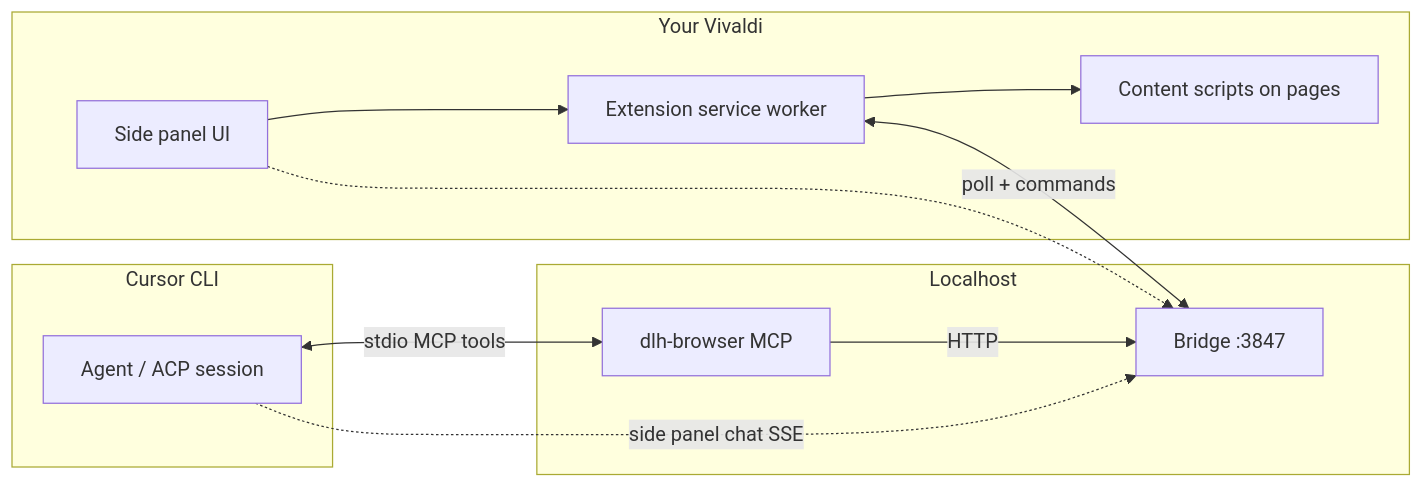
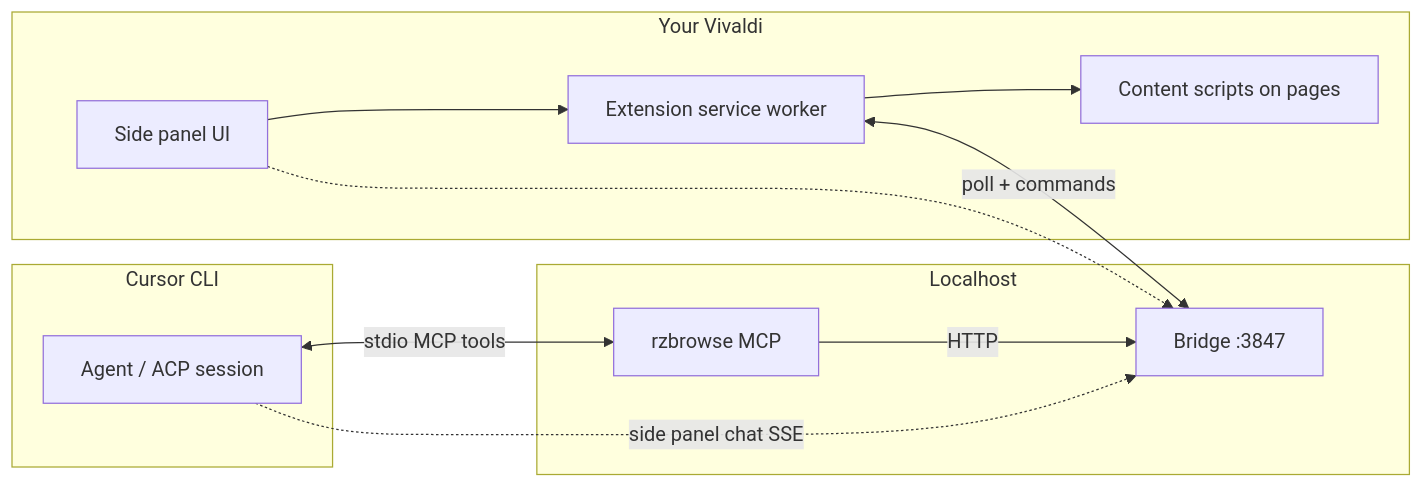
The diagram in INSTALL.md (platysonique/DaddysLittleHelper), drawn with Mermaid before and after one commit. The commit also changed other lines of this file and 16 other files, not shown here.

First line of the commit message:
Rename MCP identity to rzbrowse with legacy dlh-* aliases.

````diff
--- a/INSTALL.md
+++ b/INSTALL.md
@@ -17,22 +17,22 @@
 ```mermaid
 flowchart LR
   subgraph vivaldi [Your Vivaldi]
     SP[Side panel UI]
     SW[Extension service worker]
     CS[Content scripts on pages]
     SP --> SW
     SW --> CS
   end
   subgraph local [Localhost]
     BR[Bridge :3847]
-    MCP[dlh-browser MCP]
+    MCP[rzbrowse MCP]
   end
   subgraph cursor [Cursor CLI]
     AG[Agent / ACP session]
   end
   AG <-->|stdio MCP tools| MCP
   MCP -->|HTTP| BR
   SW <-->|poll + commands| BR
   AG -.->|side panel chat SSE| BR
   SP -.-> BR
 ```
````
